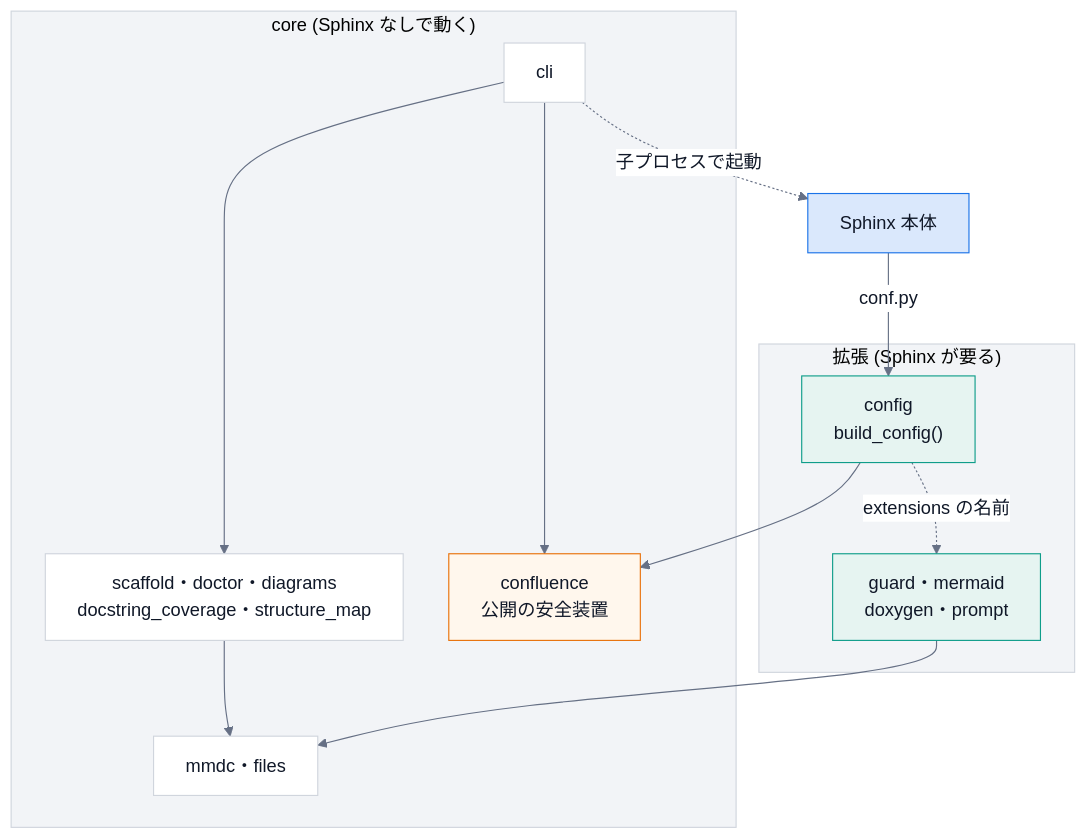
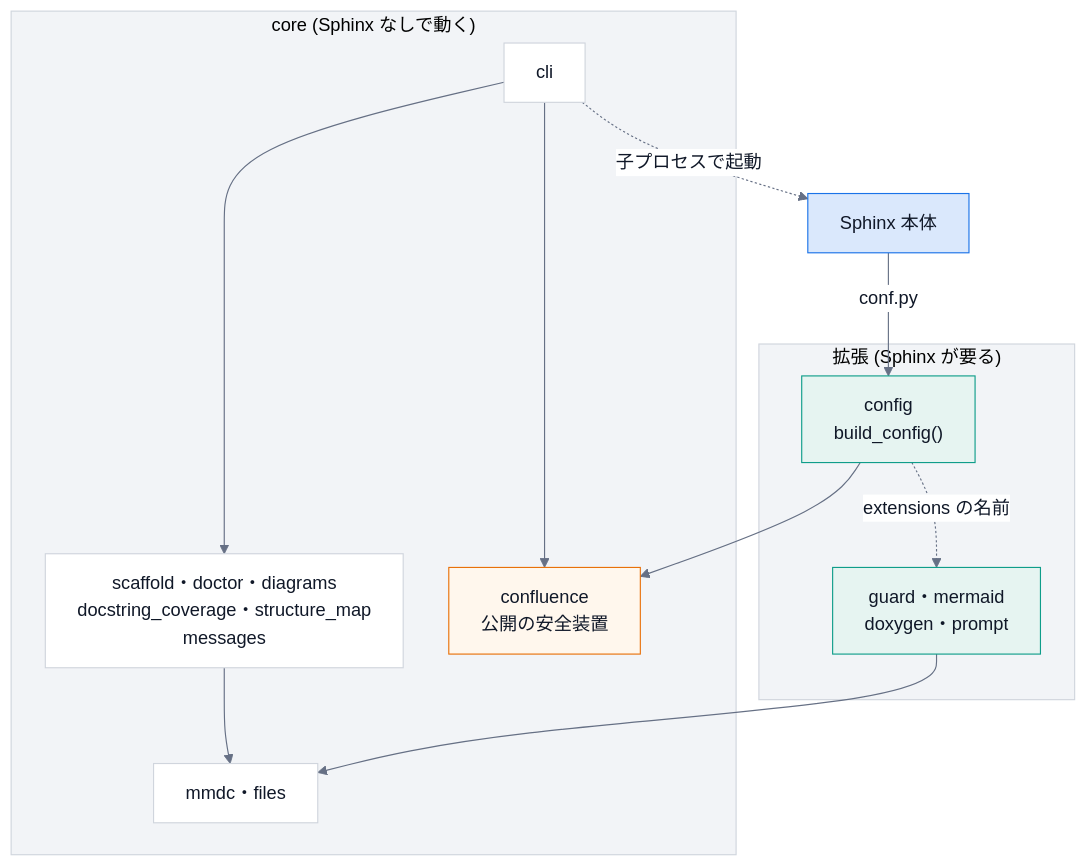
Before and after one commit to manato1201/DocsPipeline: the second of 3 diagrams in docs/design.md, drawn with Mermaid. The commit also changed other lines of this file and 53 other files, not shown here.

````diff
--- a/docs/design.md
+++ b/docs/design.md
@@ -46,32 +46,32 @@
 ```mermaid
 %%{init: {"theme":"base","fontFamily":"Noto Sans JP, Hiragino Sans, Meiryo, sans-serif","themeVariables":{"fontFamily":"Noto Sans JP, Hiragino Sans, Meiryo, sans-serif","primaryColor":"#ffffff","primaryBorderColor":"#d0d5dd","primaryTextColor":"#101828","lineColor":"#667085","clusterBkg":"#f2f4f7","clusterBorder":"#d0d5dd","edgeLabelBackground":"#ffffff"},"flowchart":{"wrappingWidth":480,"nodeSpacing":40,"rankSpacing":56,"padding":14},"sequence":{"mirrorActors":false,"wrap":false,"width":150,"actorMargin":30,"messageMargin":34}}}%%
 flowchart TD
     SPHINX["Sphinx 本体"]:::input
 
     subgraph CORE["core (Sphinx なしで動く)"]
         CLI["cli"]:::plain
-        PARTS["scaffold・doctor・diagrams<br/>docstring_coverage・structure_map"]:::plain
+        PARTS["scaffold・doctor・diagrams<br/>docstring_coverage・structure_map<br/>messages"]:::plain
         MMDC["mmdc・files"]:::plain
         CONF["confluence<br/>公開の安全装置"]:::out
     end
 
     subgraph EXT["拡張 (Sphinx が要る)"]
         CFG["config<br/>build_config()"]:::proc
         PLUG["guard・mermaid<br/>doxygen・prompt"]:::proc
     end
 
     CLI --> PARTS
     CLI --> CONF
     PARTS --> MMDC
     CLI -.->|"子プロセスで起動"| SPHINX
     SPHINX -->|"conf.py"| CFG
     CFG --> CONF
     CFG -.->|"extensions の名前"| PLUG
     PLUG --> MMDC
 
     classDef input fill:#dae8fc,stroke:#1a73e8,color:#101828
     classDef proc fill:#e6f4f1,stroke:#0f9d8a,color:#101828
     classDef out fill:#fff7ed,stroke:#e8710a,color:#101828
     classDef stop fill:#fef3f2,stroke:#d92d20,color:#101828
     classDef plain fill:#ffffff,stroke:#d0d5dd,color:#101828
 ```
````
